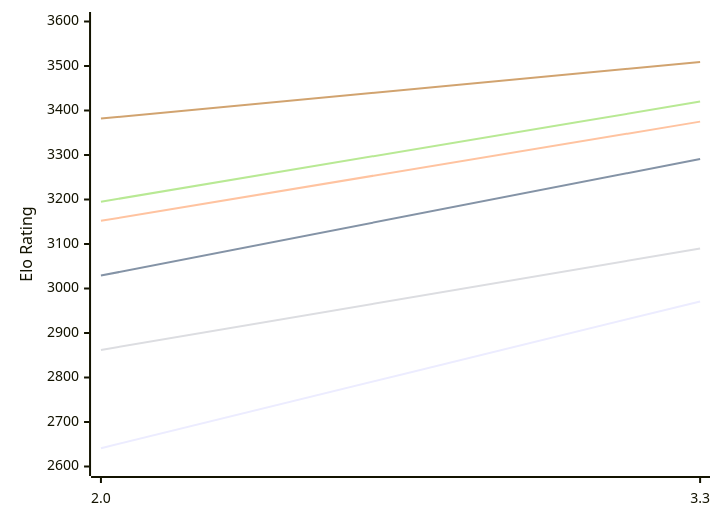
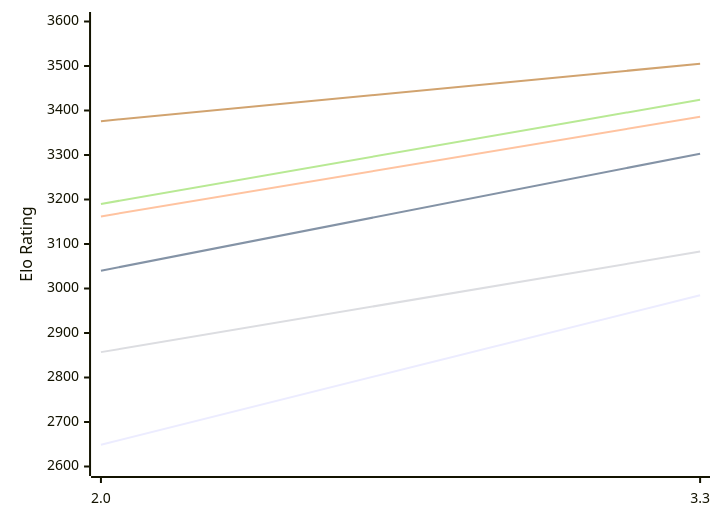
Before and after one commit to computer-chess-index/cci: the first of 2 diagrams in engines/Ceylondemon.md, drawn with Mermaid. The commit also changed other lines of this file, not shown here.

Commit message:
Update CCI Ratings (ELO VLTC) - 2026-11-06

````diff
--- a/engines/Ceylondemon.md
+++ b/engines/Ceylondemon.md
@@ -50,12 +50,12 @@
 ```mermaid
 %%{init: {"theme":"base","themeVariables":{"seriesColors:['#a3a3a3','#222221','#faa371']}}}%%
 xychart-beta
   x-axis ["2.0", "3.3"]
   y-axis "Elo Rating" 2600 --> 3600
-  line "E1: STC (8.0+0.08s)" [2641, 2971]
-  line "E1: LTC (60.0+0.60s)" [3029, 3291]
-  line "E1: VLTC (2m24s+1.12s)" [3152, 3375]
-  line "P1: STC (8.0+0.08s)" [2862, 3090]
-  line "P1: LTC (60.0+0.60s)" [3195, 3420]
-  line "P1: VLTC (2m24s+1.12s)" [3382, 3509]
+  line "E1: STC (8.0+0.08s)" [2649, 2985]
+  line "E1: LTC (60.0+0.60s)" [3040, 3303]
+  line "E1: VLTC (2m24s+1.12s)" [3162, 3386]
+  line "P1: STC (8.0+0.08s)" [2857, 3083]
+  line "P1: LTC (60.0+0.60s)" [3190, 3424]
+  line "P1: VLTC (2m24s+1.12s)" [3376, 3505]
 ```
````
